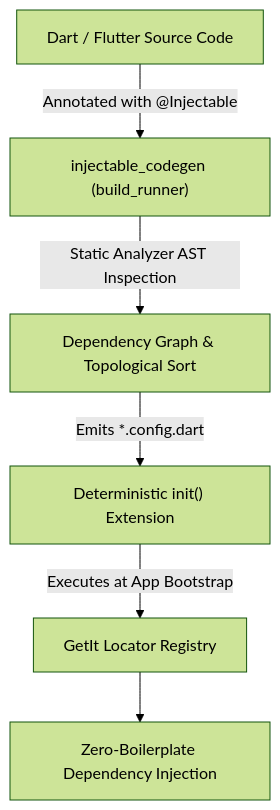
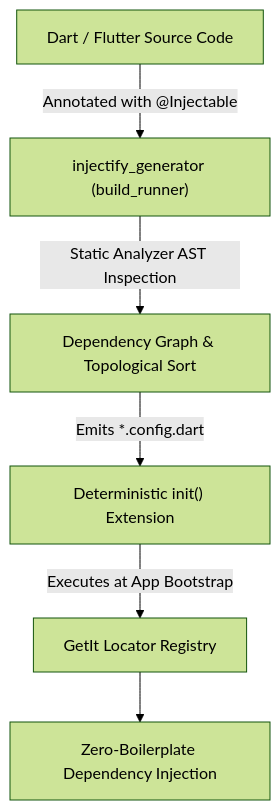
The diagram in docs/content/docs/_index.md (chornthorn/injectable-dart), drawn with Mermaid (forest theme) before and after one commit. The commit also changed other lines of this file and 21 other files, not shown here.

First line of the commit message:
Rename package from Injectable to Injectify

````diff
--- a/docs/content/docs/_index.md
+++ b/docs/content/docs/_index.md
@@ -65,8 +65,8 @@
 ```mermaid
 graph TD
-    A["Dart / Flutter Source Code"] -->|"Annotated with @Injectable"| B["injectable_codegen (build_runner)"]
+    A["Dart / Flutter Source Code"] -->|"Annotated with @Injectable"| B["injectify_generator (build_runner)"]
     B -->|"Static Analyzer AST Inspection"| C["Dependency Graph & Topological Sort"]
     C -->|"Emits *.config.dart"| D["Deterministic init() Extension"]
     D -->|"Executes at App Bootstrap"| E["GetIt Locator Registry"]
     E --> F["Zero-Boilerplate Dependency Injection"]
 ```
````
